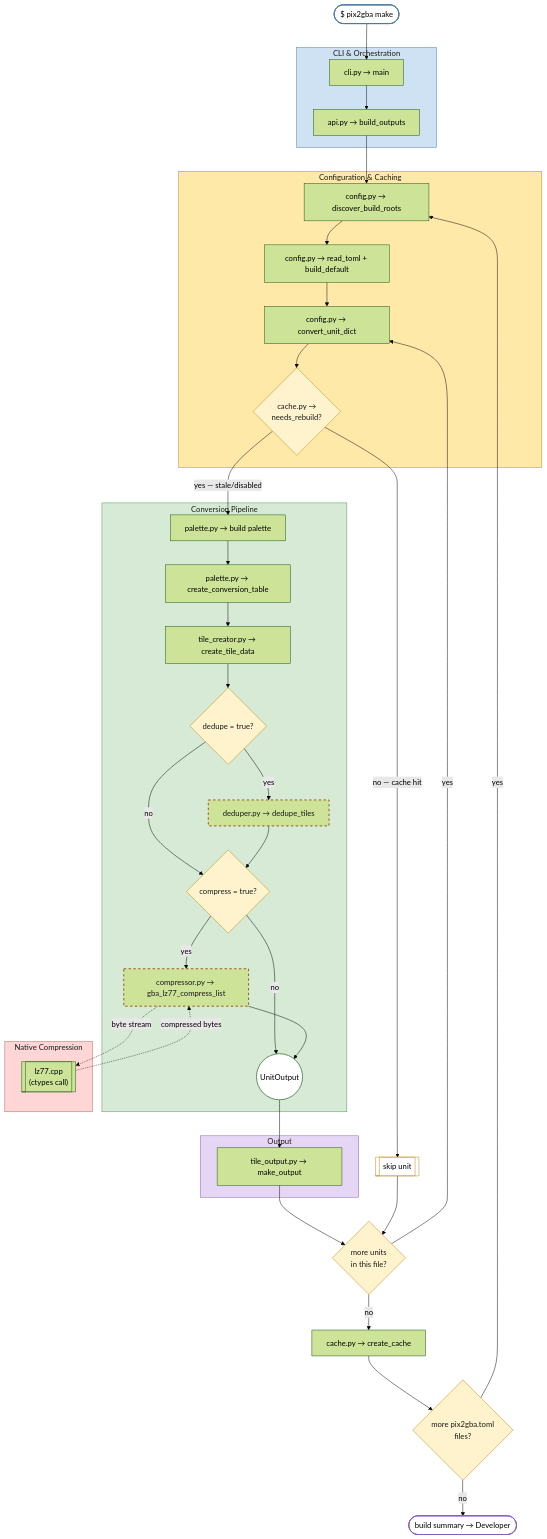
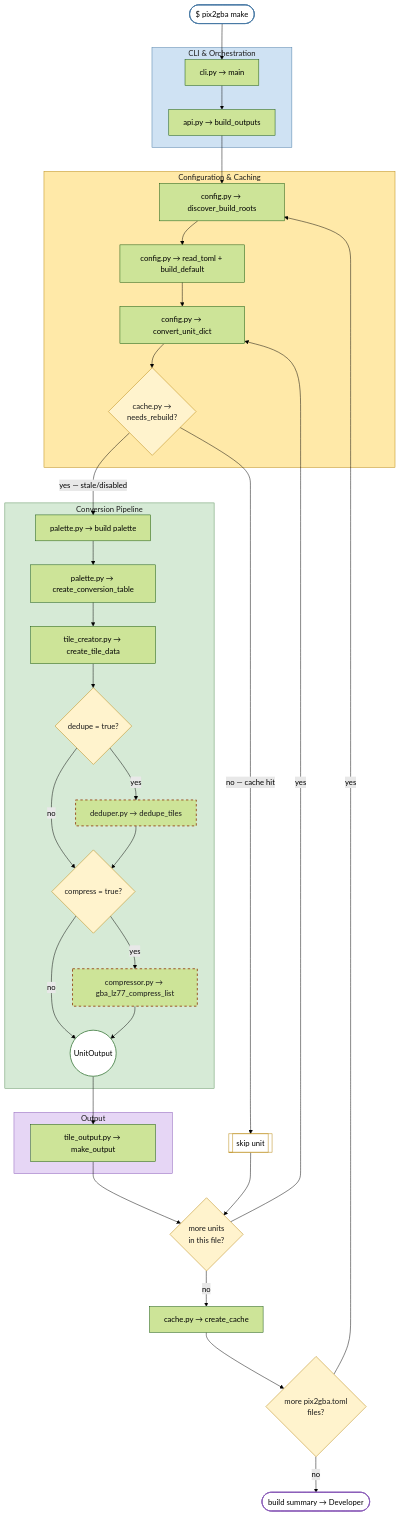
The first of 4 diagrams in docs/SequenceDiagram.md (MichShep/pix2gba), drawn with Mermaid (forest theme) before and after one commit. The commit also changed 23 other files, not shown here.

````diff
--- a/docs/SequenceDiagram.md
+++ b/docs/SequenceDiagram.md
@@ -3,65 +3,58 @@
 ```mermaid
 flowchart TD
     Dev(["$ pix2gba make"]) --> M1[cli.py → main]
 
     subgraph G1["CLI & Orchestration"]
         M1 --> M2[api.py → build_outputs]
     end
 
     M2 --> D1
 
     subgraph G2["Configuration & Caching"]
         D1[config.py → discover_build_roots] --> D2[config.py → read_toml + build_default]
         D2 --> D3[config.py → convert_unit_dict]
         D3 --> D4{cache.py →<br/>needs_rebuild?}
     end
 
     D4 -->|"no — cache hit"| SK[["skip unit"]]
     D4 -->|"yes — stale/disabled"| P1
 
     subgraph G3["Conversion Pipeline"]
         P1[palette.py → build palette] --> P2[palette.py → create_conversion_table]
         P2 --> P3[tile_creator.py → create_tile_data]
         P3 --> P4{dedupe = true?}
         P4 -->|yes| P5[deduper.py → dedupe_tiles]:::optional
         P4 -->|no| P6{compress = true?}
         P5 --> P6
         P6 -->|yes| P7[compressor.py → gba_lz77_compress_list]:::optional
         P6 -->|no| P8((UnitOutput))
         P7 --> P8
     end
 
-    subgraph G4["Native Compression"]
-        N1[["lz77.cpp<br/>(ctypes call)"]]
-    end
-    P7 -. "byte stream" .-> N1
-    N1 -. "compressed bytes" .-> P7
-
     subgraph G5["Output"]
         O1[tile_output.py → make_output]
     end
     P8 --> O1
 
     O1 --> D5{more units<br/>in this file?}
     SK --> D5
     D5 -->|yes| D3
     D5 -->|no| C1[cache.py → create_cache]
 
     C1 --> D6{more pix2gba.toml<br/>files?}
     D6 -->|yes| D1
     D6 -->|no| Fin(["build summary → Developer"])
 
     classDef optional stroke-dasharray: 5 5,stroke:#9a5323,stroke-width:2px,color:#1a1a1a;
     classDef decisionStyle fill:#fff3cd,stroke:#b8860b,color:#1a1a1a;
     class D4,P4,P6,D5,D6 decisionStyle;
 
     style G1 fill:#cfe2f3,stroke:#4a7ba6,color:#1a1a1a
     style G2 fill:#ffe9a8,stroke:#b8860b,color:#1a1a1a
     style G3 fill:#d6ead6,stroke:#5a8f5a,color:#1a1a1a
-    style G4 fill:#ffd6d6,stroke:#b85c5c,color:#1a1a1a
     style G5 fill:#e6d6f5,stroke:#8a5cb8,color:#1a1a1a
     style Dev fill:#ffffff,stroke:#4a7ba6,stroke-width:2px
     style Fin fill:#ffffff,stroke:#8a5cb8,stroke-width:2px
     style P8 fill:#ffffff,stroke:#5a8f5a,stroke-width:2px
     style SK fill:#ffffff,stroke:#b8860b
 ```
````
